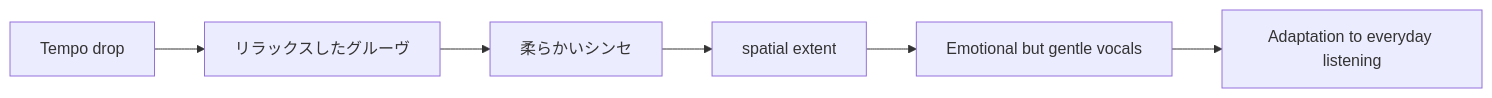
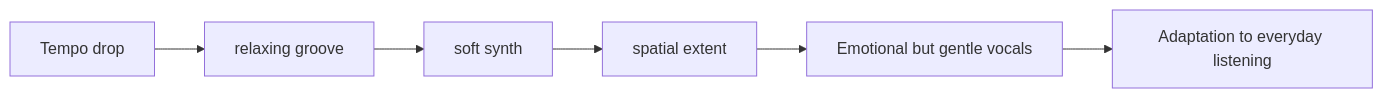
Before and after one commit to monumental-movement/monumental-movement.github.io: the second of 2 diagrams in en/_posts/2026-05-07-column-tropical-house.md, drawn with Mermaid. The commit also changed other lines of this file and 851 other files, not shown here.

```diff
--- a/en/_posts/2026-05-07-column-tropical-house.md
+++ b/en/_posts/2026-05-07-column-tropical-house.md
@@ -149,8 +149,8 @@
 <div class="mermaid">
 flowchart LR
-    A[Tempo drop] --> B[リラックスしたグルーヴ]
-    B --> C[柔らかいシンセ]
+    A[Tempo drop] --> B[relaxing groove]
+    B --> C[soft synth]
     C --> D[spatial extent]
     D --> E[Emotional but gentle vocals]
     E --> F[Adaptation to everyday listening]
 </div>
```
